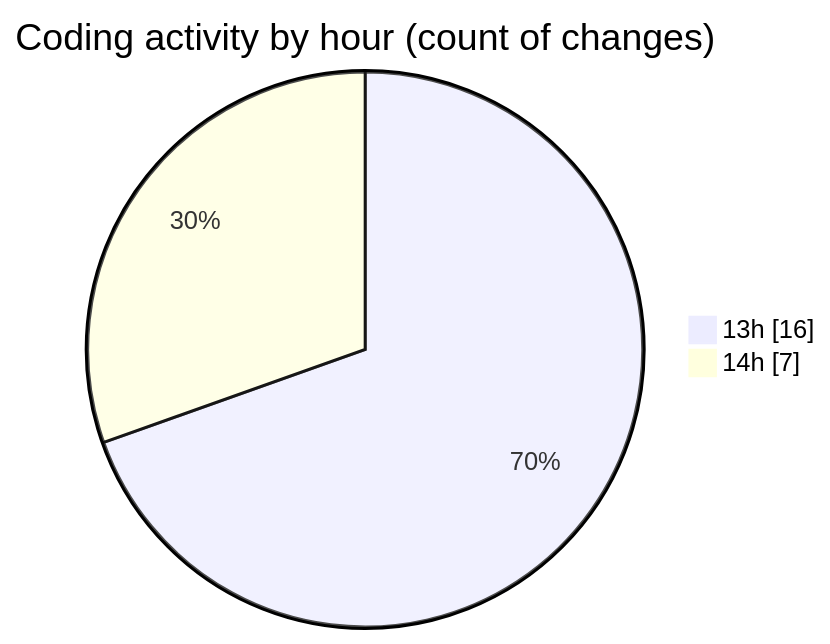
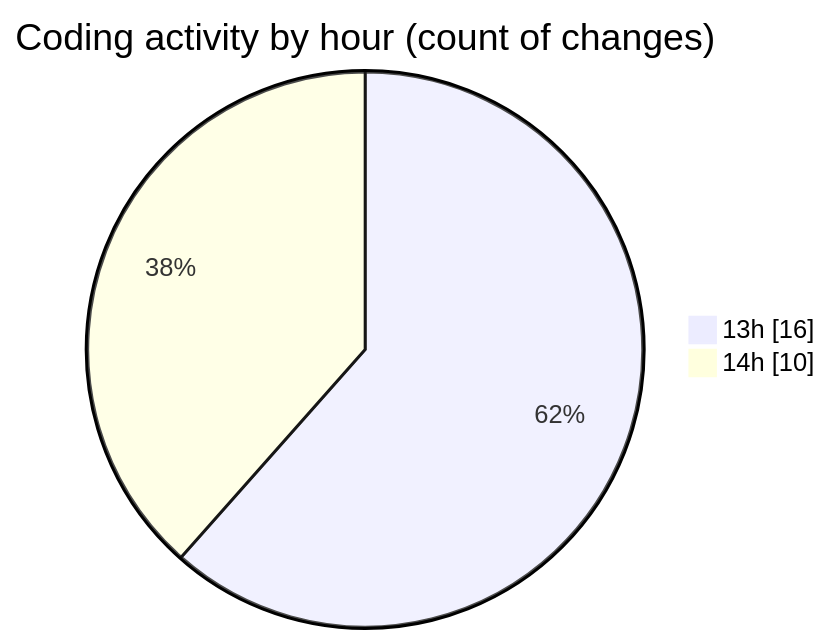
The second of 2 diagrams in 2025-02-23/codepack/README.md (charlie-sans/code-tracking), drawn with Mermaid before and after one commit. The commit also changed other lines of this file and 1 other file, not shown here.

````diff
--- a/2025-02-23/codepack/README.md
+++ b/2025-02-23/codepack/README.md
@@ -30,6 +30,6 @@
 ```mermaid
 pie showData
 title Coding activity by hour (count of changes)
 "13h" : 16
-"14h" : 7
+"14h" : 10
 ```
````
